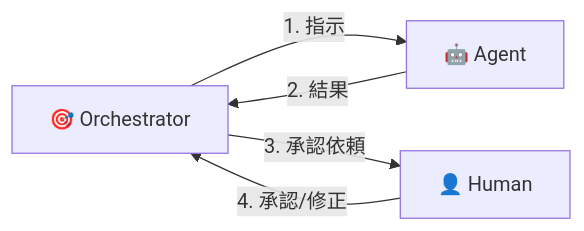
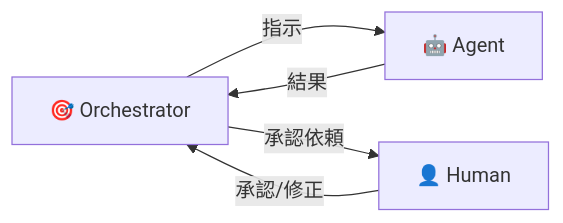
Before and after one commit to new-sankaku/toybox: the first of 13 diagrams in langgraph/ARCHITECTURE.md, drawn with Mermaid. The commit also changed other lines of this file, not shown here.

Commit message:
Unify system overview as single continuous flow without separators

````diff
--- a/langgraph/ARCHITECTURE.md
+++ b/langgraph/ARCHITECTURE.md
@@ -27,8 +27,8 @@
 ```mermaid
 flowchart LR
     Orch["🎯 Orchestrator"]
-    Orch -->|"1. 指示"| Agent["🤖 Agent"]
-    Agent -->|"2. 結果"| Orch
-    Orch -->|"3. 承認依頼"| Human["👤 Human"]
-    Human -->|"4. 承認/修正"| Orch
+    Orch -->|"指示"| Agent["🤖 Agent"]
+    Agent -->|"結果"| Orch
+    Orch -->|"承認依頼"| Human["👤 Human"]
+    Human -->|"承認/修正"| Orch
 ```
````
